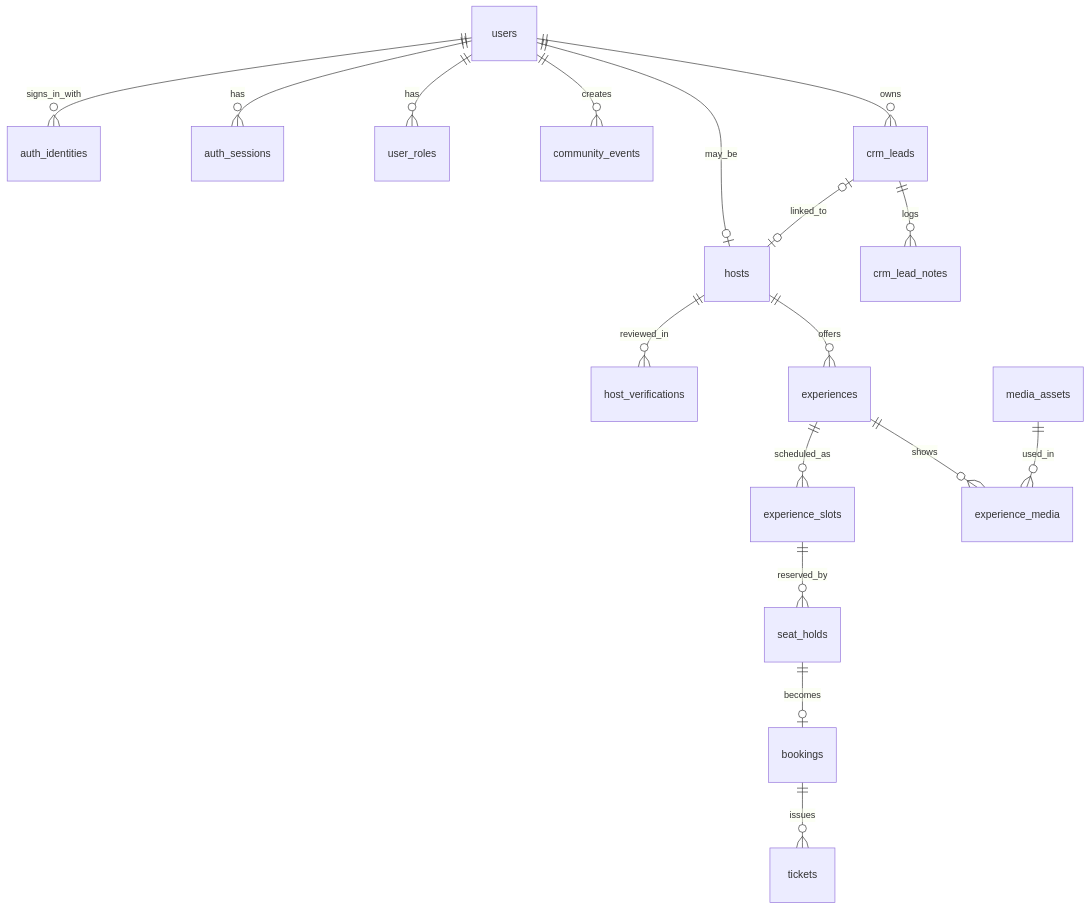
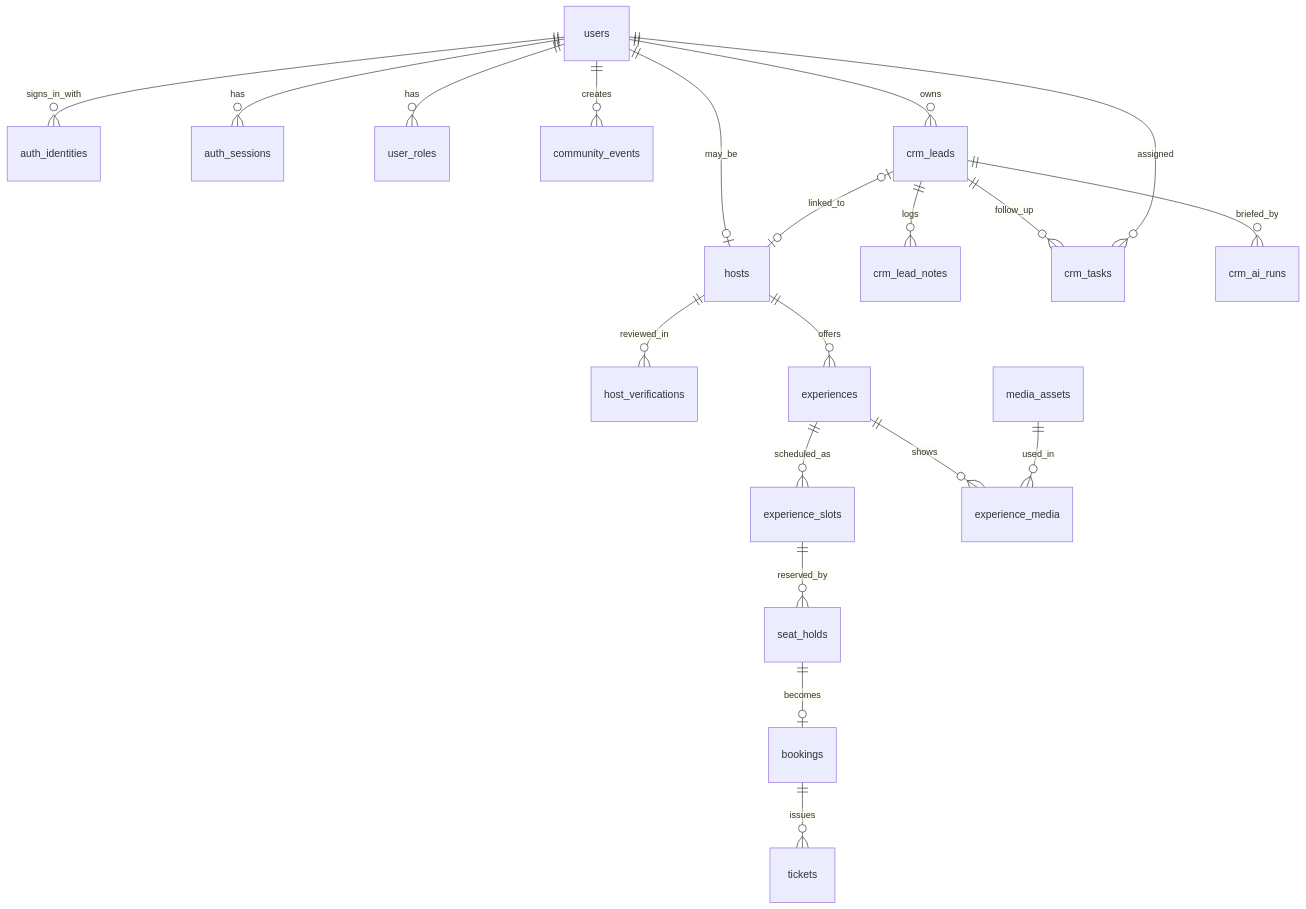
Before and after one commit to cdawork15/sikkim: the tenth of 10 diagrams in docs/ARCHITECTURE.md, drawn with Mermaid. The commit also changed other lines of this file and 33 other files, not shown here.

First line of the commit message:
Curator CRM: lead scores, tasks, insights and an optional AI brief

````diff
--- a/docs/ARCHITECTURE.md
+++ b/docs/ARCHITECTURE.md
@@ -200,19 +233,22 @@
 ```mermaid
 erDiagram
   users ||--o{ auth_identities : signs_in_with
   users ||--o{ auth_sessions : has
   users ||--o{ user_roles : has
   users ||--o| hosts : may_be
   hosts ||--o{ host_verifications : reviewed_in
   hosts ||--o{ experiences : offers
   experiences ||--o{ experience_slots : scheduled_as
   experience_slots ||--o{ seat_holds : reserved_by
   seat_holds ||--o| bookings : becomes
   bookings ||--o{ tickets : issues
   experiences ||--o{ experience_media : shows
   media_assets ||--o{ experience_media : used_in
   users ||--o{ community_events : creates
   crm_leads ||--o{ crm_lead_notes : logs
+  crm_leads ||--o{ crm_tasks : follow_up
+  crm_leads ||--o{ crm_ai_runs : briefed_by
+  users ||--o{ crm_tasks : assigned
   crm_leads |o--o| hosts : linked_to
   users ||--o{ crm_leads : owns
 ```
````
